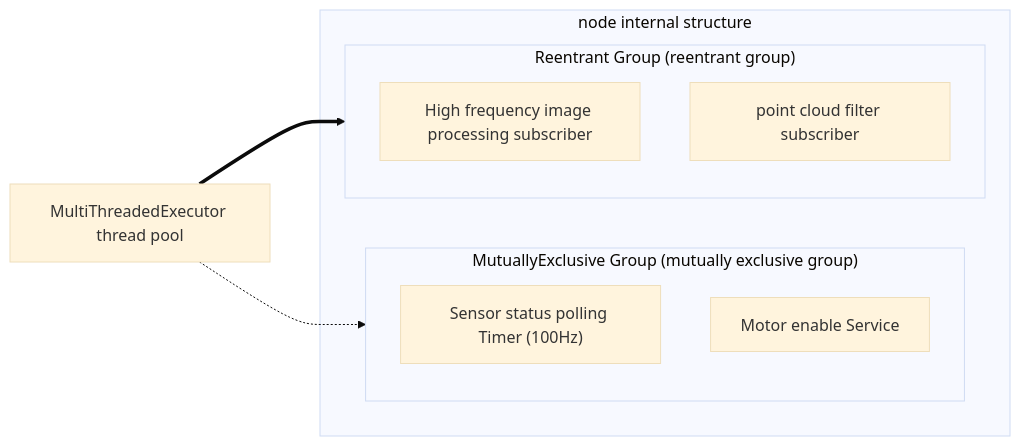
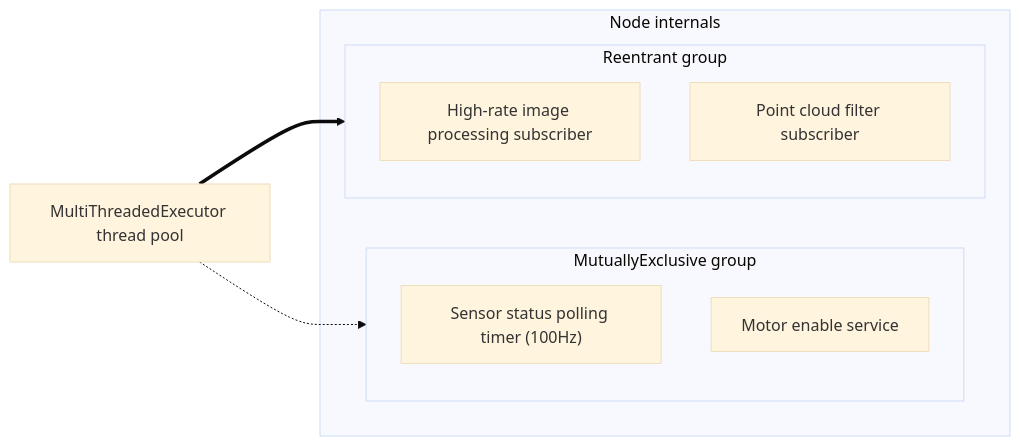
Before and after one commit to TingdeLiu/tingdeliu.github.io: diagram 11 of 21 in _translations/en/research/ROS2-Survey.md, drawn with Mermaid (base theme). The commit also changed other lines of this file and 51 other files, not shown here.

````diff
--- a/_translations/en/research/ROS2-Survey.md
+++ b/_translations/en/research/ROS2-Survey.md
@@ -637,18 +637,18 @@
 ```mermaid
 flowchart LR
-    subgraph NodeInstance["node internal structure"]
-        subgraph Group1["MutuallyExclusive Group (mutually exclusive group)"]
-            CB1["Sensor status polling Timer (100Hz)"]
-            CB2["Motor enable Service"]
+    subgraph NodeInstance["Node internals"]
+        subgraph Group1["MutuallyExclusive group"]
+            CB1["Sensor status polling timer (100Hz)"]
+            CB2["Motor enable service"]
         end
 
-        subgraph Group2["Reentrant Group (reentrant group)"]
-            CB3["High frequency image processing subscriber"]
-            CB4["point cloud filter subscriber"]
+        subgraph Group2["Reentrant group"]
+            CB3["High-rate image processing subscriber"]
+            CB4["Point cloud filter subscriber"]
         end
     end
 
     Pool["MultiThreadedExecutor thread pool"]
     Pool -.-> Group1
     Pool ==> Group2
 ```
````
